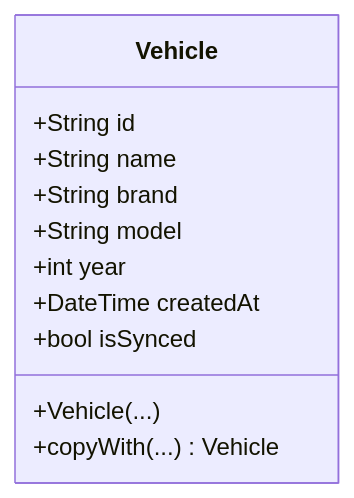
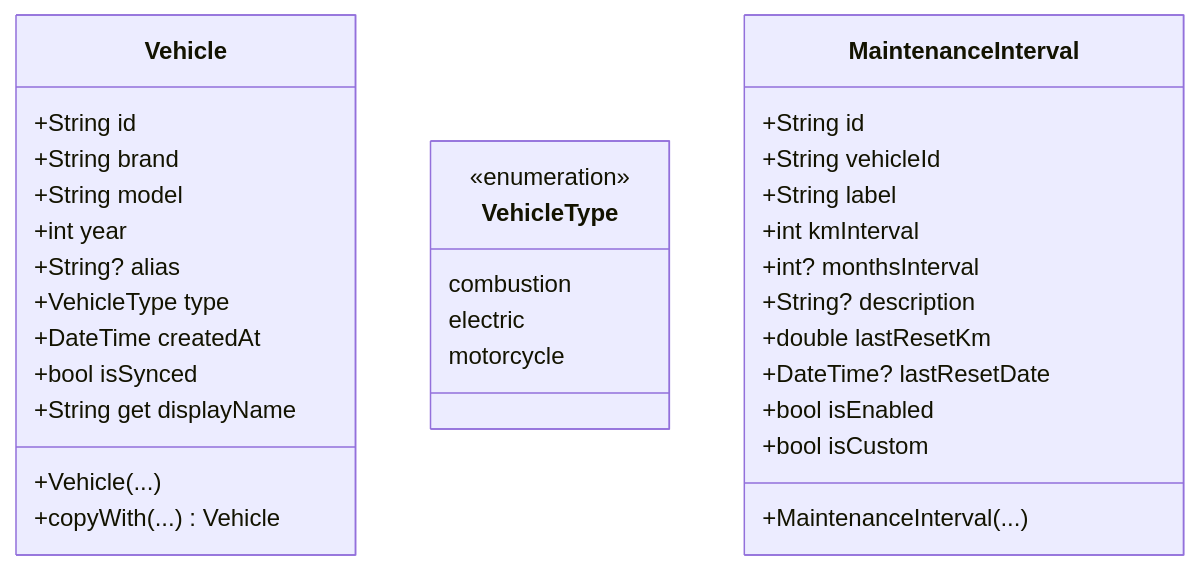
Before and after one commit to abrahdev/karter: the eighth of 12 diagrams in docs/docs/developer/mobile/app-architecture.md, drawn with Mermaid. The commit also changed other lines of this file and 2 other files, not shown here.

Commit message:
docs: update roadmap for v2026.06.1-alpha, add VehicleType/MaintenanceInterval to architecture, add release link

````diff
--- a/docs/docs/developer/mobile/app-architecture.md
+++ b/docs/docs/developer/mobile/app-architecture.md
@@ -314,15 +338,38 @@
 ```mermaid
 classDiagram
     class Vehicle {
         +String id
-        +String name
         +String brand
         +String model
         +int year
+        +String? alias
+        +VehicleType type
         +DateTime createdAt
         +bool isSynced
+        +String get displayName
         +Vehicle(...)
         +copyWith(...) Vehicle
     }
 
+    class VehicleType {
+        <<enumeration>>
+        combustion
+        electric
+        motorcycle
+    }
+
+    class MaintenanceInterval {
+        +String id
+        +String vehicleId
+        +String label
+        +int kmInterval
+        +int? monthsInterval
+        +String? description
+        +double lastResetKm
+        +DateTime? lastResetDate
+        +bool isEnabled
+        +bool isCustom
+        +MaintenanceInterval(...)
+    }
+
 ```
````
